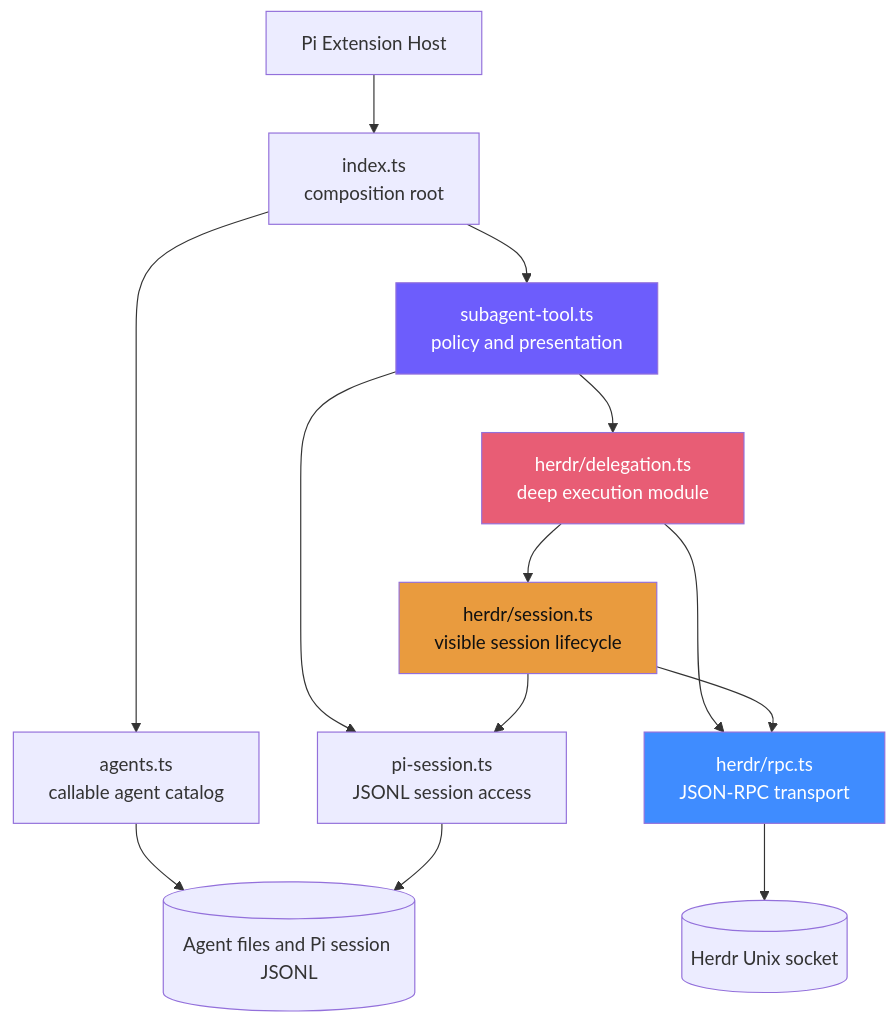
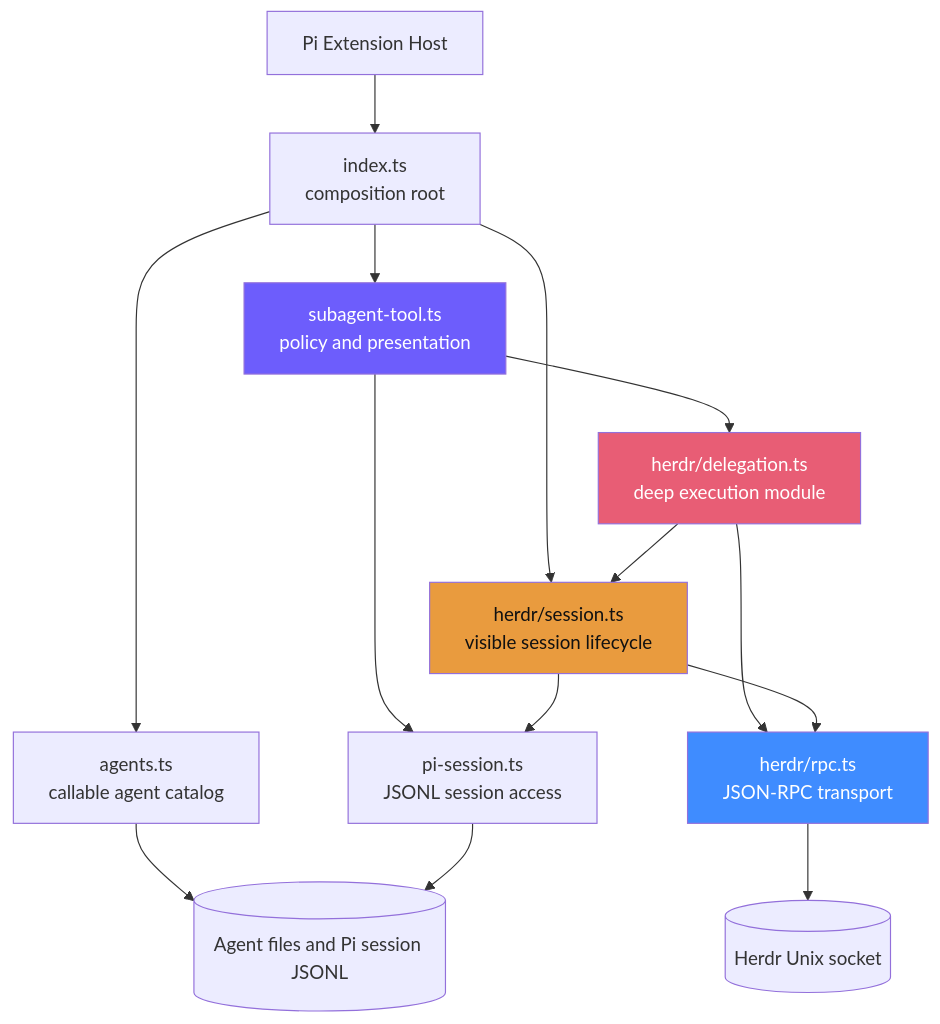
Before and after one commit to SandyJackson/pi-monorepo: the second of 13 diagrams in docs/reference/subagents_refactor_structure.md, drawn with Mermaid. The commit also changed other lines of this file and 5 other files, not shown here.

````diff
--- a/docs/reference/subagents_refactor_structure.md
+++ b/docs/reference/subagents_refactor_structure.md
@@ -57,31 +57,32 @@
 ```mermaid
 flowchart TB
     Pi[Pi Extension Host]
     Index[index.ts\ncomposition root]
     Tool[subagent-tool.ts\npolicy and presentation]
     Agents[agents.ts\ncallable agent catalog]
     Delegation[herdr/delegation.ts\ndeep execution module]
     Session[herdr/session.ts\nvisible session lifecycle]
     Rpc[herdr/rpc.ts\nJSON-RPC transport]
     PiSession[pi-session.ts\nJSONL session access]
     Herdr[(Herdr Unix socket)]
     Files[(Agent files and Pi session JSONL)]
 
     Pi --> Index
     Index --> Agents
     Index --> Tool
+    Index --> Session
     Tool --> Delegation
     Tool --> PiSession
     Delegation --> Session
     Delegation --> Rpc
     Session --> Rpc
     Session --> PiSession
     Rpc --> Herdr
     Agents --> Files
     PiSession --> Files
 
     style Tool fill:#6d5dfc,color:#fff
     style Delegation fill:#e85d75,color:#fff
     style Session fill:#e99b3e,color:#111
     style Rpc fill:#3f8cff,color:#fff
 ```
````
